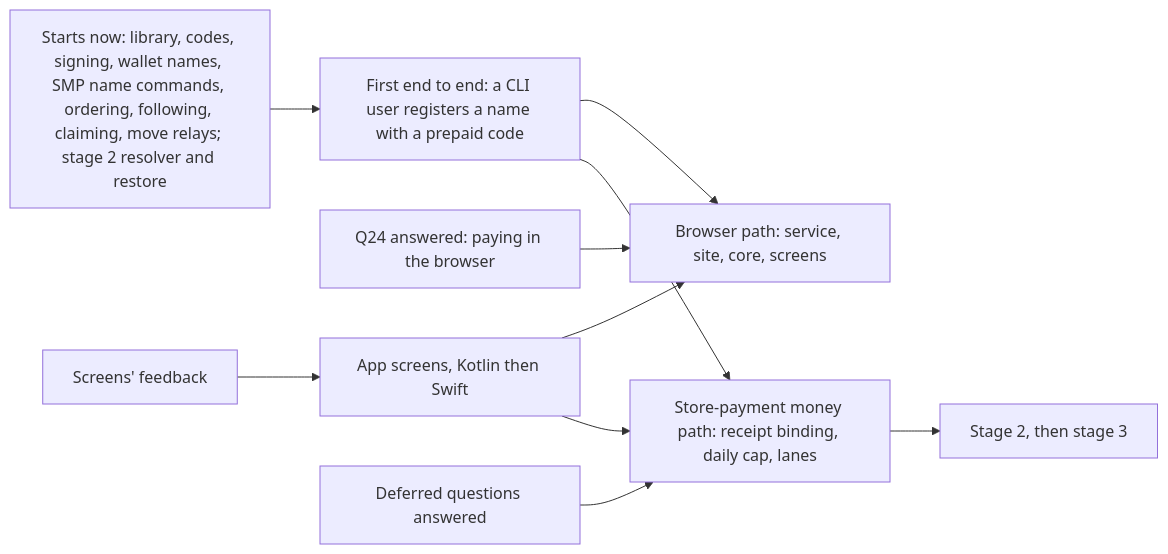
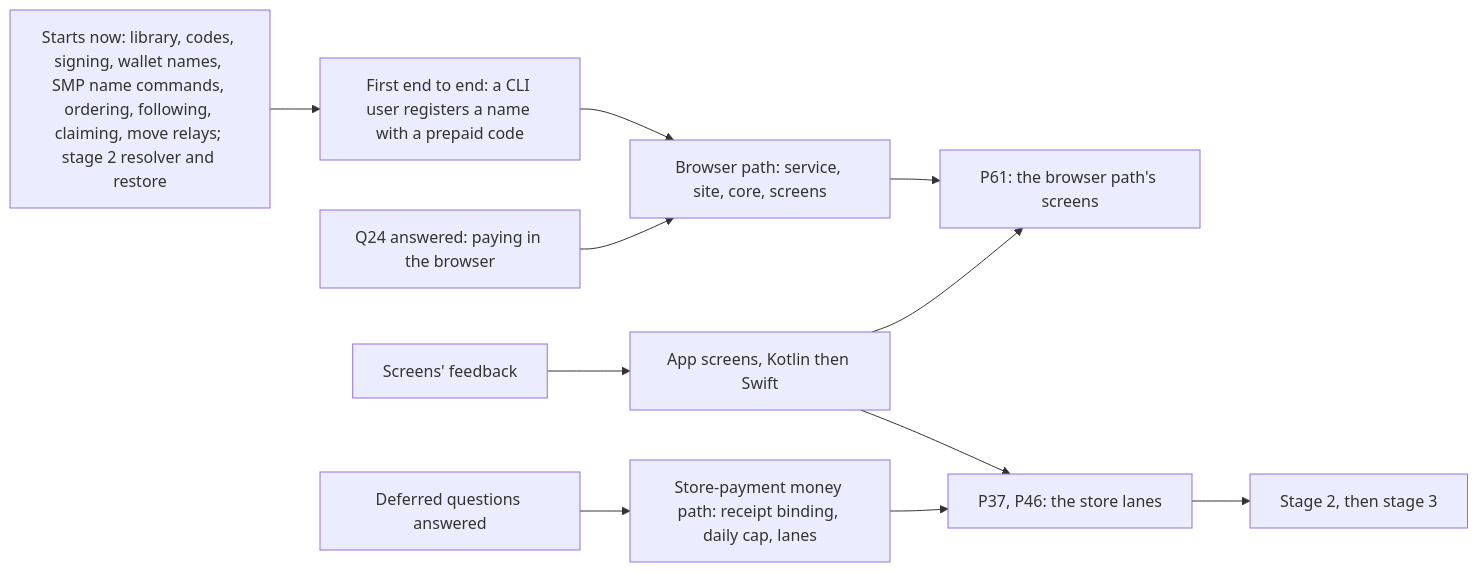
Before and after one commit to simplex-chat/simplex-chat: the tenth of 10 diagrams in plans/2026-10-30-names-in-app-purchases.md, drawn with Mermaid. The commit also changed other lines of this file, not shown here.

````diff
--- a/plans/2026-10-30-names-in-app-purchases.md
+++ b/plans/2026-10-30-names-in-app-purchases.md
@@ -1184,12 +1319,13 @@
 ```mermaid
 flowchart LR
   now["Starts now: library, codes, signing, wallet names, SMP name commands, ordering, following, claiming, move relays; stage 2 resolver and restore"] --> e2e["First end to end: a CLI user registers a name with a prepaid code"]
   q24["Q24 answered: paying in the browser"] --> browser["Browser path: service, site, core, screens"]
   screens["Screens' feedback"] --> ui["App screens, Kotlin then Swift"]
   deferred["Deferred questions answered"] --> money["Store-payment money path: receipt binding, daily cap, lanes"]
   e2e --> browser
-  e2e --> money
-  ui --> browser
-  ui --> money
-  money --> stage2["Stage 2, then stage 3"]
+  ui --> p61["P61: the browser path's screens"]
+  browser --> p61
+  ui --> lanes["P37, P46: the store lanes"]
+  money --> lanes
+  lanes --> stage2["Stage 2, then stage 3"]
 ```
````
